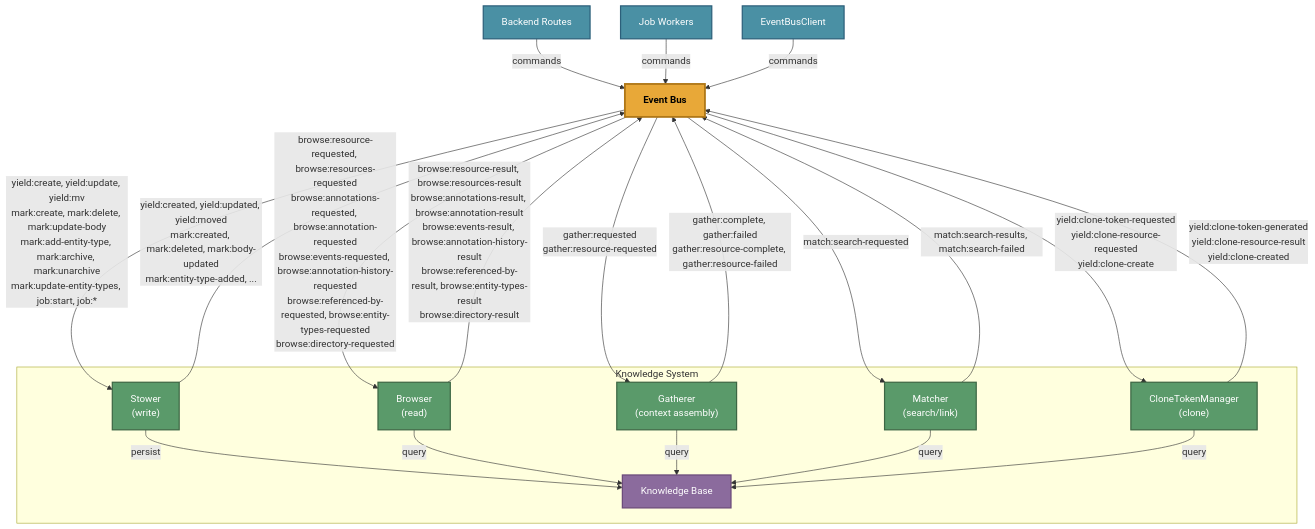
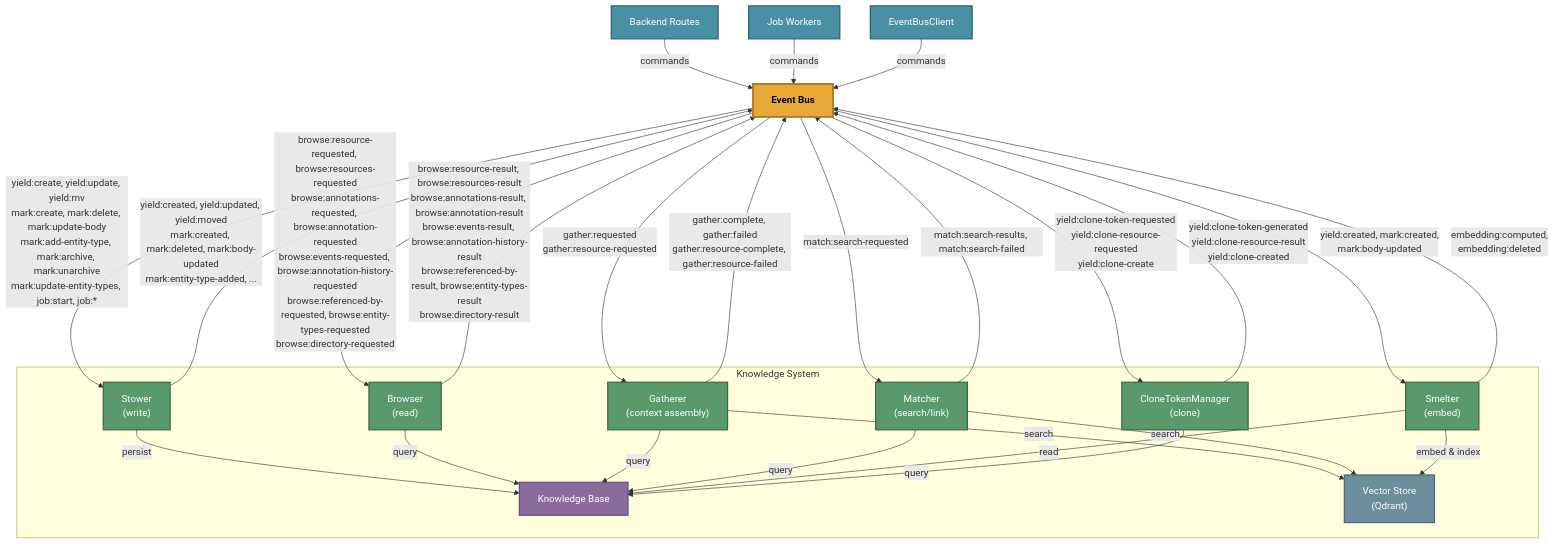
One commit to The-AI-Alliance/semiont changed the diagram in packages/make-meaning/README.md. Above: the diagram before and after it, drawn with Mermaid. The commit also changed other lines of this file and 6 other files, not shown here.

````diff
--- a/packages/make-meaning/README.md
+++ b/packages/make-meaning/README.md
@@ -90,42 +92,52 @@
 ```mermaid
 graph TB
     Routes["Backend Routes"] -->|commands| BUS["Event Bus"]
     Workers["Job Workers"] -->|commands| BUS
     EBC["EventBusClient"] -->|commands| BUS
 
     subgraph ks ["Knowledge System"]
         STOWER["Stower<br/>(write)"]
         BROWSER["Browser<br/>(read)"]
         GATHERER["Gatherer<br/>(context assembly)"]
         MATCHER["Matcher<br/>(search/link)"]
+        SMELTER["Smelter<br/>(embed)"]
         CTM["CloneTokenManager<br/>(clone)"]
         KB["Knowledge Base"]
+        VECTORS["Vector Store<br/>(Qdrant)"]
         STOWER -->|persist| KB
         BROWSER -->|query| KB
         GATHERER -->|query| KB
+        GATHERER -->|search| VECTORS
         MATCHER -->|query| KB
+        MATCHER -->|search| VECTORS
+        SMELTER -->|embed & index| VECTORS
+        SMELTER -->|read| KB
         CTM -->|query| KB
     end
 
     BUS -->|"yield:create, yield:update, yield:mv<br/>mark:create, mark:delete, mark:update-body<br/>mark:add-entity-type, mark:archive, mark:unarchive<br/>mark:update-entity-types, job:start, job:*"| STOWER
     BUS -->|"browse:resource-requested, browse:resources-requested<br/>browse:annotations-requested, browse:annotation-requested<br/>browse:events-requested, browse:annotation-history-requested<br/>browse:referenced-by-requested, browse:entity-types-requested<br/>browse:directory-requested"| BROWSER
     BUS -->|"gather:requested<br/>gather:resource-requested"| GATHERER
     BUS -->|"match:search-requested"| MATCHER
+    BUS -->|"yield:created, mark:created,<br/>mark:body-updated"| SMELTER
     BUS -->|"yield:clone-token-requested<br/>yield:clone-resource-requested<br/>yield:clone-create"| CTM
 
     STOWER -->|"yield:created, yield:updated, yield:moved<br/>mark:created, mark:deleted, mark:body-updated<br/>mark:entity-type-added, ..."| BUS
     BROWSER -->|"browse:resource-result, browse:resources-result<br/>browse:annotations-result, browse:annotation-result<br/>browse:events-result, browse:annotation-history-result<br/>browse:referenced-by-result, browse:entity-types-result<br/>browse:directory-result"| BUS
     GATHERER -->|"gather:complete, gather:failed<br/>gather:resource-complete, gather:resource-failed"| BUS
     MATCHER -->|"match:search-results, match:search-failed"| BUS
+    SMELTER -->|"embedding:computed,<br/>embedding:deleted"| BUS
     CTM -->|"yield:clone-token-generated<br/>yield:clone-resource-result<br/>yield:clone-created"| BUS
 
     classDef bus fill:#e8a838,stroke:#b07818,stroke-width:3px,color:#000,font-weight:bold
     classDef actor fill:#5a9a6a,stroke:#3d6644,stroke-width:2px,color:#fff
     classDef kb fill:#8b6b9d,stroke:#6b4a7a,stroke-width:2px,color:#fff
     classDef caller fill:#4a90a4,stroke:#2c5f7a,stroke-width:2px,color:#fff
 
     class BUS bus
-    class STOWER,BROWSER,GATHERER,MATCHER,CTM actor
+    classDef vectorstore fill:#6b8e9d,stroke:#4a6a7a,stroke-width:2px,color:#fff
+    class STOWER,BROWSER,GATHERER,MATCHER,SMELTER,CTM actor
     class KB kb
+    class VECTORS vectorstore
     class Routes,Workers,EBC caller
 ```
````
